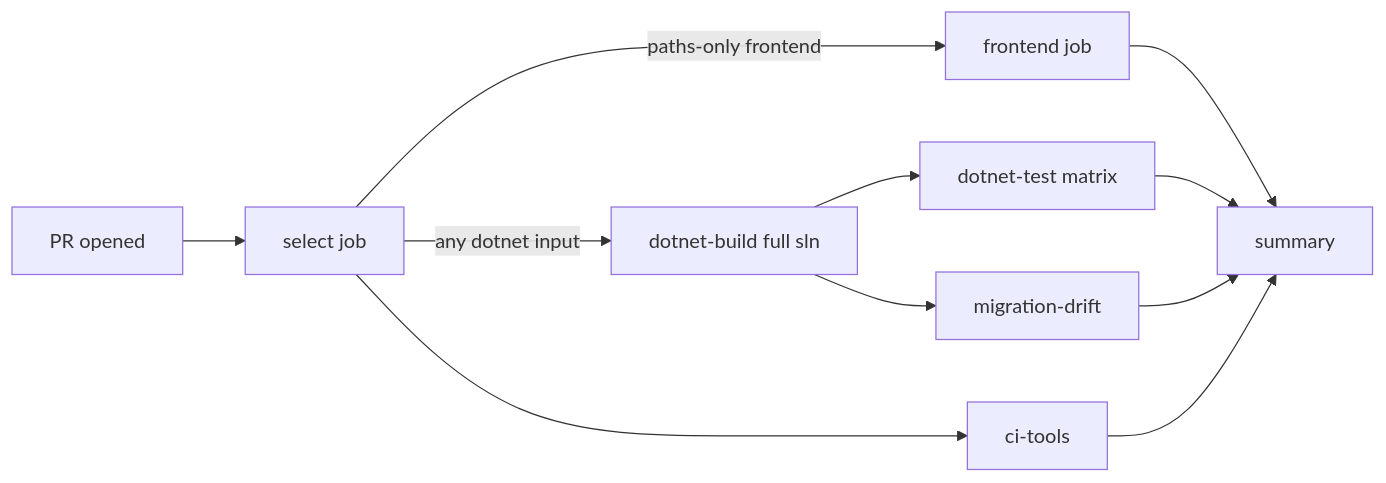
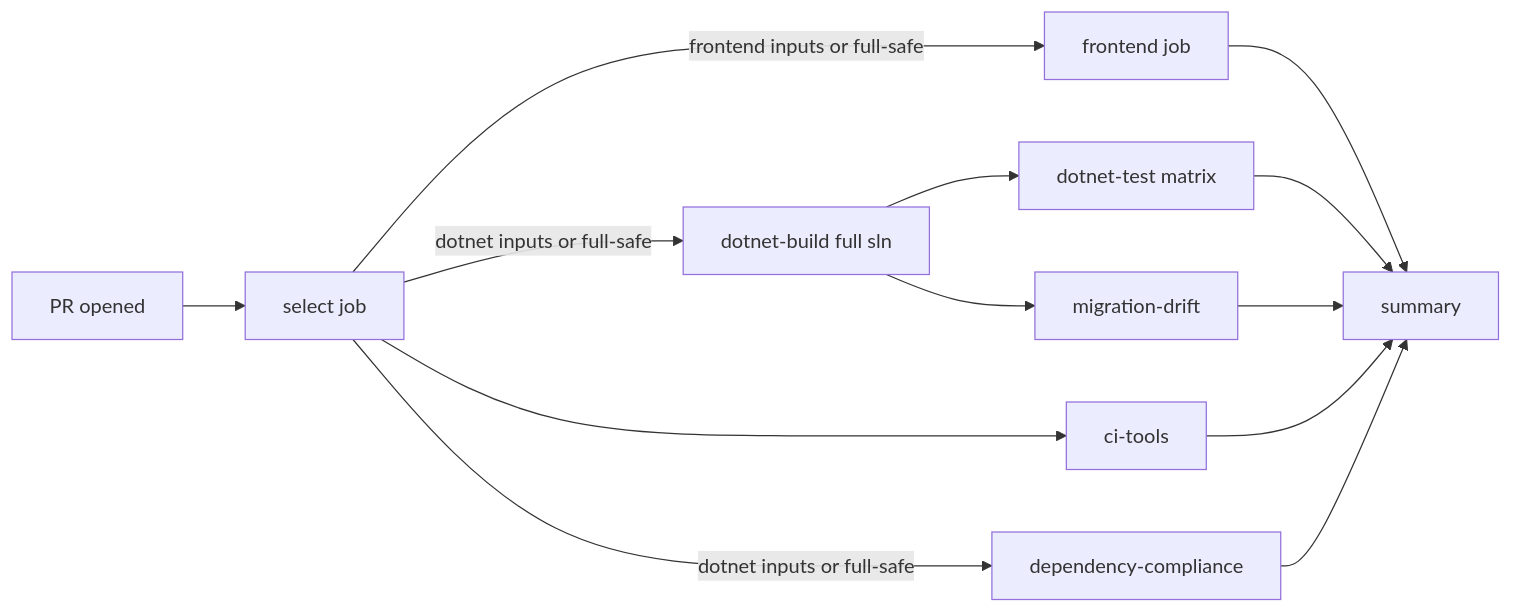
Before and after one commit to OlyForge3D/PrintFarmer: the diagram in docs/CI.md, drawn with Mermaid. The commit also changed other lines of this file and 1 other file, not shown here.

First line of the commit message:
ci: gate ci-tools dotnet restore/compliance behind want_dotnet_build (#1404)

````diff
--- a/docs/CI.md
+++ b/docs/CI.md
@@ -19,13 +19,15 @@
 ```mermaid
 flowchart LR
   A[PR opened] --> B[select job]
-  B -->|paths-only frontend| C[frontend job]
-  B -->|any dotnet input| D[dotnet-build full sln]
+  B -->|frontend inputs or full-safe| C[frontend job]
+  B -->|dotnet inputs or full-safe| D[dotnet-build full sln]
   D --> E[dotnet-test matrix]
   D --> F[migration-drift]
   B --> G[ci-tools]
+  B -->|dotnet inputs or full-safe| I[dependency-compliance]
   C --> H[summary]
   E --> H
   F --> H
   G --> H
+  I --> H
 ```
````
